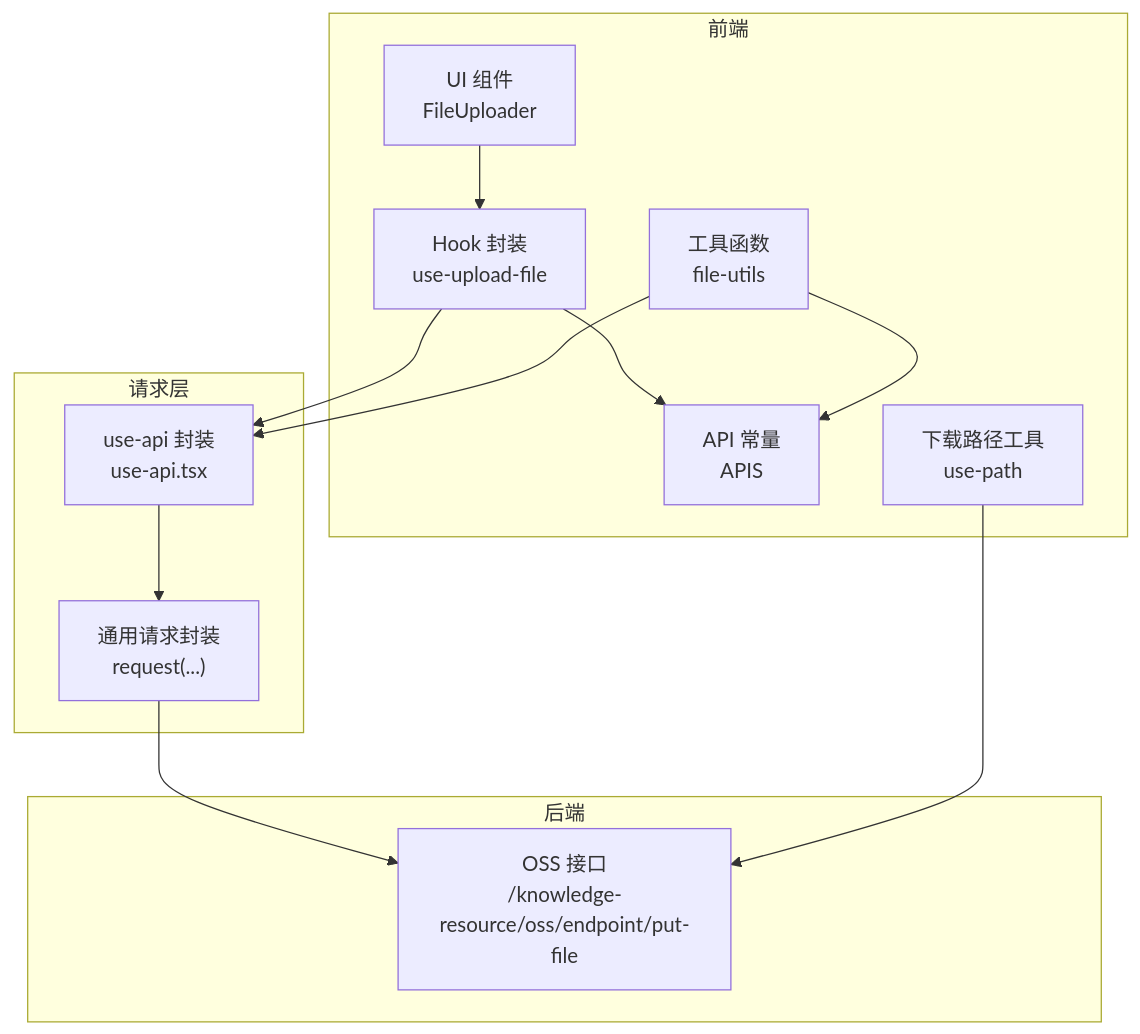
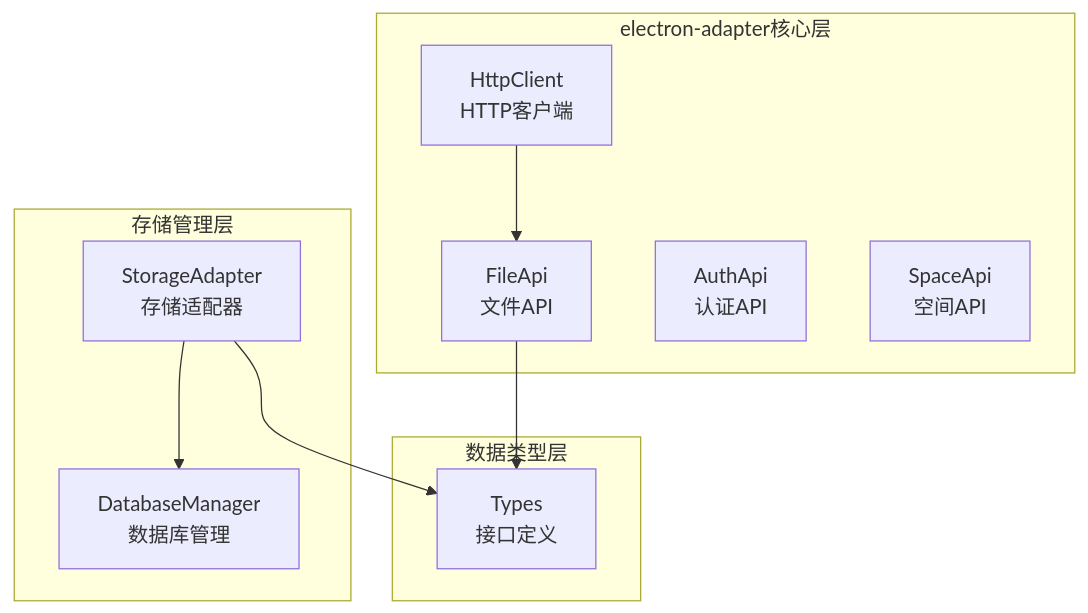
The first of 3 diagrams in .qoder/repowiki/zh/content/API参考/文件上传API.md (LRF0422/Kotion), drawn with Mermaid before and after one commit. The commit also changed other lines of this file and 75 other files, not shown here.

````diff
--- a/.qoder/repowiki/zh/content/API参考/文件上传API.md
+++ b/.qoder/repowiki/zh/content/API参考/文件上传API.md
@@ -40,25 +59,20 @@
 ```mermaid
 graph TB
-subgraph "前端"
-UI["UI 组件<br/>FileUploader"]
-Hook["Hook 封装<br/>use-upload-file"]
-Utils["工具函数<br/>file-utils"]
-APIConst["API 常量<br/>APIS"]
-UsePath["下载路径工具<br/>use-path"]
+subgraph "electron-adapter核心层"
+HttpClient["HttpClient<br/>HTTP客户端"]
+FileApi["FileApi<br/>文件API"]
+AuthApi["AuthApi<br/>认证API"]
+SpaceApi["SpaceApi<br/>空间API"]
 end
-subgraph "请求层"
-UseApi["use-api 封装<br/>use-api.tsx"]
-Request["通用请求封装<br/>request(...)"]
+subgraph "存储管理层"
+StorageAdapter["StorageAdapter<br/>存储适配器"]
+DatabaseManager["DatabaseManager<br/>数据库管理"]
 end
-subgraph "后端"
-OSS["OSS 接口<br/>/knowledge-resource/oss/endpoint/put-file"]
+subgraph "数据类型层"
+Types["Types<br/>接口定义"]
 end
-UI --> Hook
-Hook --> APIConst
-Hook --> UseApi
-Utils --> APIConst
-Utils --> UseApi
-UseApi --> Request
-Request --> OSS
-UsePath --> OSS
+HttpClient --> FileApi
+FileApi --> Types
+StorageAdapter --> DatabaseManager
+StorageAdapter --> Types
 ```
````
